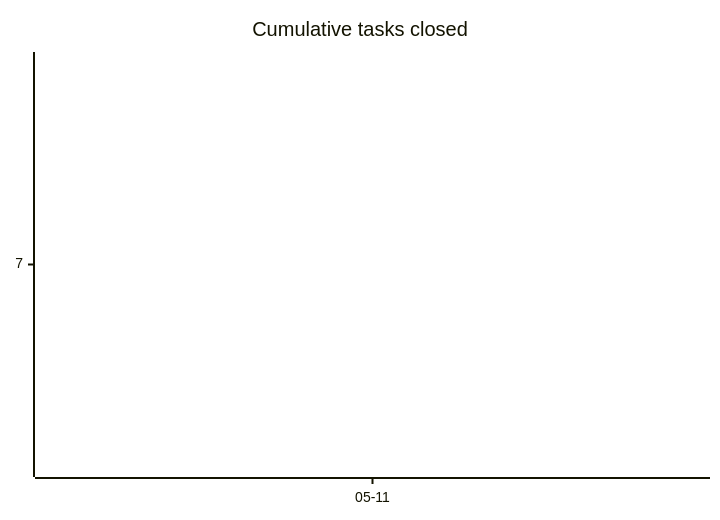
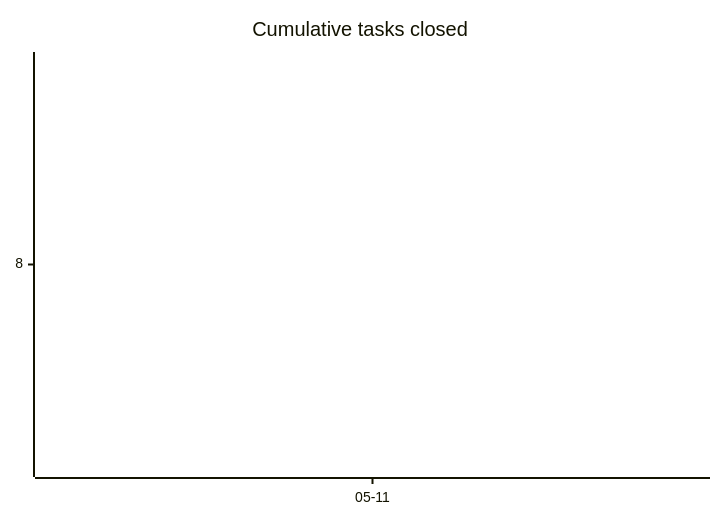
The first of 3 diagrams in docs/developers/tasks/OVERVIEW.md (tgd1975/AwesomeGuitarPedal), drawn with Mermaid before and after one commit. The commit also changed other lines of this file and 3 other files, not shown here.

First line of the commit message:
prep TASK-378: add pinNames to data/config.schema.json (EPIC-029)

````diff
--- a/docs/developers/tasks/OVERVIEW.md
+++ b/docs/developers/tasks/OVERVIEW.md
@@ -22,6 +22,6 @@
 ```mermaid
 xychart-beta
     title "Cumulative tasks closed"
     x-axis ["05-11"]
-    line [7]
+    line [8]
 ```
````
